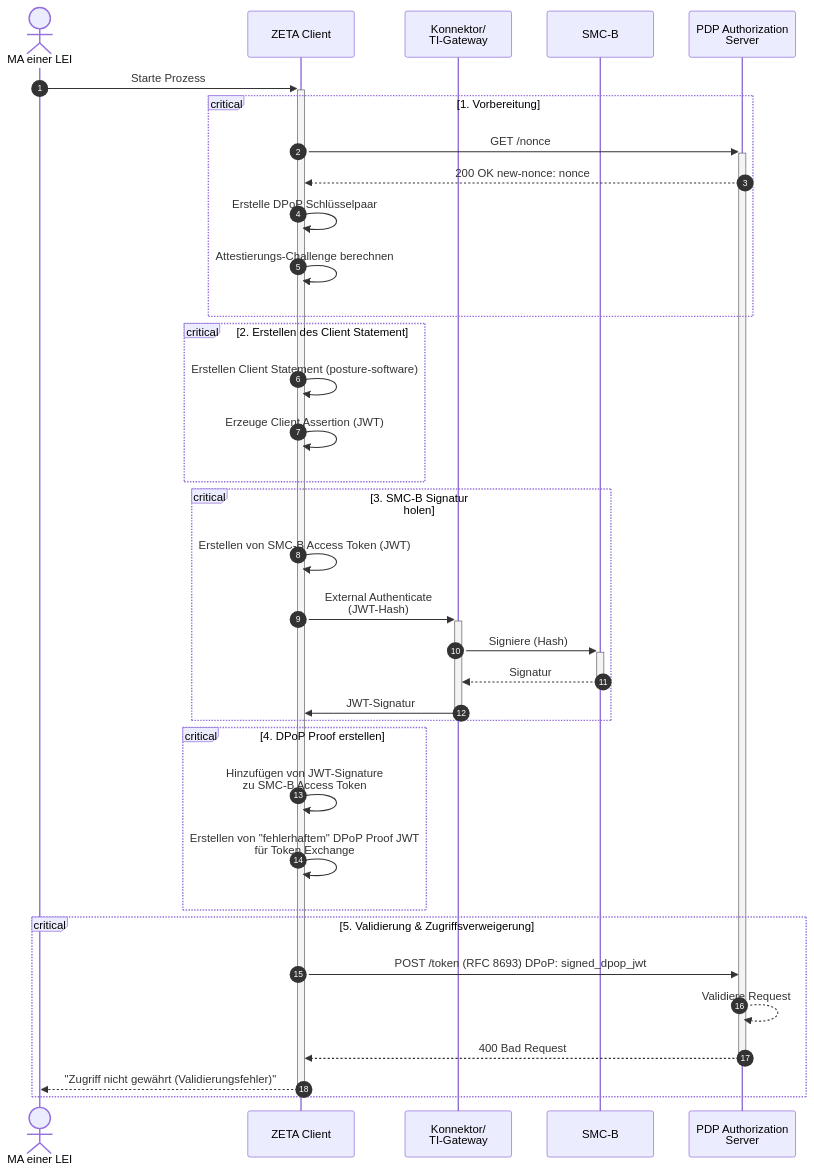
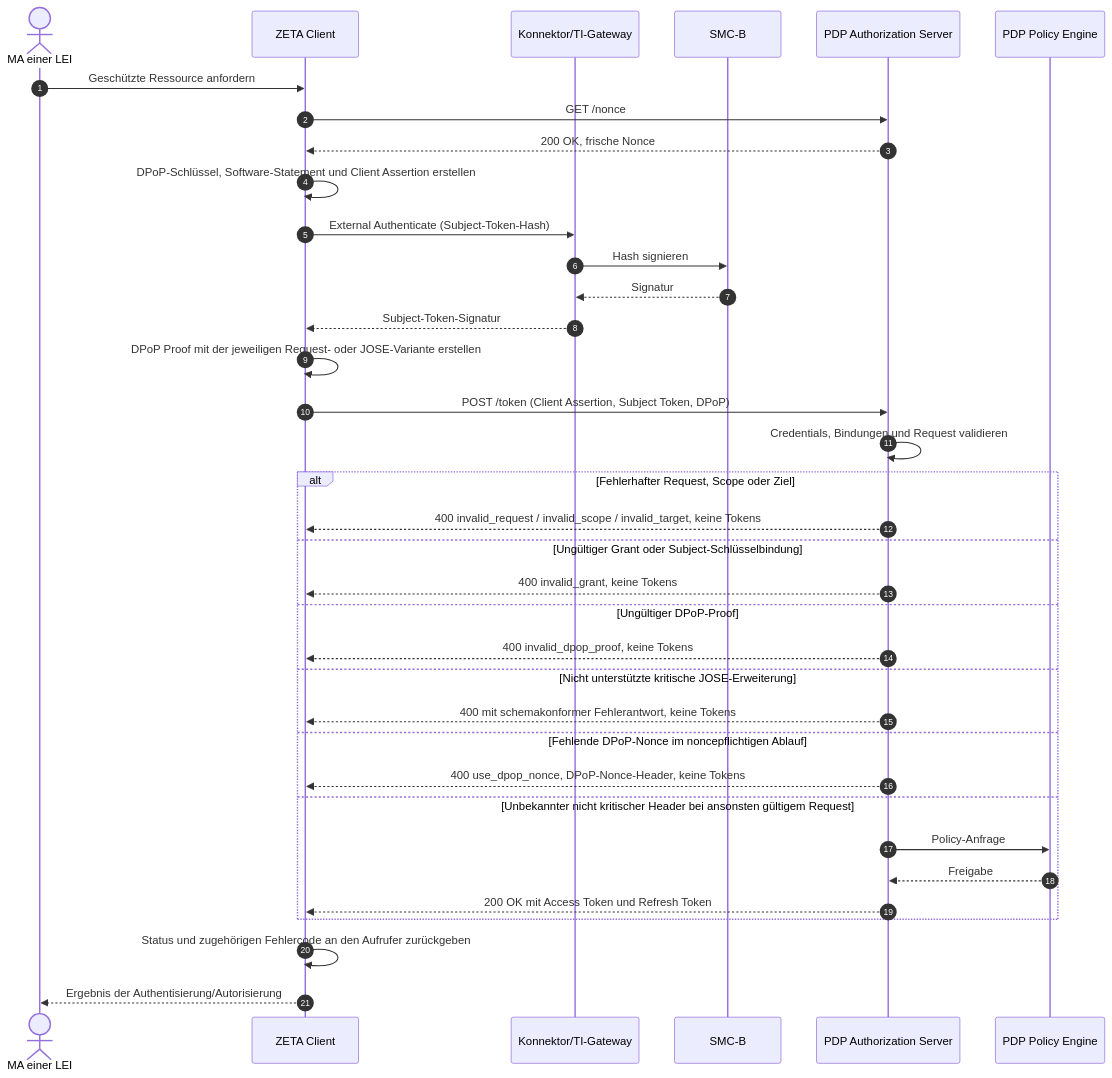
One commit to gematik/zeta-tiger-testsuite changed the diagram in src/test/resources/features/UserStory_01/UseCase_07/readme.adoc. Above: the diagram before and after it, drawn with Mermaid. The commit also changed other lines of this file and 1706 other files, not shown here.

```diff
--- a/src/test/resources/features/UserStory_01/UseCase_07/readme.adoc
+++ b/src/test/resources/features/UserStory_01/UseCase_07/readme.adoc
@@ -167,45 +195,40 @@
 [mermaid,usecase-01-07-sequence,svg]
 ....
 sequenceDiagram
     autonumber
-
     actor MA as MA einer LEI
     participant ZC as ZETA Client
-    participant KTG as Konnektor/<br>TI-Gateway
+    participant KTG as Konnektor/TI-Gateway
     participant SMC as SMC-B
-    participant PDP-AS as PDP Authorization<br>Server
+    participant AS as PDP Authorization Server
+    participant PE as PDP Policy Engine
 
-    MA->>+ZC: Starte Prozess
-
-    critical 1. Vorbereitung
-        ZC->>+PDP-AS: GET /nonce
-        PDP-AS-->>ZC: 200 OK new-nonce: nonce
-        ZC->>ZC: Erstelle DPoP Schlüsselpaar
-        ZC->>ZC: Attestierungs-Challenge berechnen
+    MA->>ZC: Geschützte Ressource anfordern
+    ZC->>AS: GET /nonce
+    AS-->>ZC: 200 OK, frische Nonce
+    ZC->>ZC: DPoP-Schlüssel, Software-Statement und Client Assertion erstellen
+    ZC->>KTG: External Authenticate (Subject-Token-Hash)
+    KTG->>SMC: Hash signieren
+    SMC-->>KTG: Signatur
+    KTG-->>ZC: Subject-Token-Signatur
+    ZC->>ZC: DPoP Proof mit der jeweiligen Request- oder JOSE-Variante erstellen
+    ZC->>AS: POST /token (Client Assertion, Subject Token, DPoP)
+    AS->>AS: Credentials, Bindungen und Request validieren
+    alt Fehlerhafter Request, Scope oder Ziel
+        AS-->>ZC: 400 invalid_request / invalid_scope / invalid_target, keine Tokens
+    else Ungültiger Grant oder Subject-Schlüsselbindung
+        AS-->>ZC: 400 invalid_grant, keine Tokens
+    else Ungültiger DPoP-Proof
+        AS-->>ZC: 400 invalid_dpop_proof, keine Tokens
+    else Nicht unterstützte kritische JOSE-Erweiterung
+        AS-->>ZC: 400 mit schemakonformer Fehlerantwort, keine Tokens
+    else Fehlende DPoP-Nonce im noncepflichtigen Ablauf
+        AS-->>ZC: 400 use_dpop_nonce, DPoP-Nonce-Header, keine Tokens
+    else Unbekannter nicht kritischer Header bei ansonsten gültigem Request
+        AS->>PE: Policy-Anfrage
+        PE-->>AS: Freigabe
+        AS-->>ZC: 200 OK mit Access Token und Refresh Token
     end
-
-    critical 2. Erstellen des Client Statement
-        ZC->>ZC: Erstellen Client Statement (posture-software)
-        ZC->>ZC: Erzeuge Client Assertion (JWT)
-    end
-
-    critical 3. SMC-B Signatur holen
-        ZC->>ZC: Erstellen von SMC-B Access Token (JWT)
-        ZC->>+KTG: External Authenticate<br>(JWT-Hash)
-        KTG->>+SMC: Signiere (Hash)
-        SMC-->>-KTG: Signatur
-        KTG->>-ZC: JWT-Signatur
-    end
-
-    critical 4. DPoP Proof erstellen
-        ZC->>ZC: Hinzufügen von JWT-Signature<br>zu SMC-B Access Token
-        ZC->>ZC: Erstellen von "fehlerhaftem" DPoP Proof JWT<br>für Token Exchange
-    end
-
-    critical 5. Validierung & Zugriffsverweigerung
-        ZC->>PDP-AS: POST /token (RFC 8693) DPoP: signed_dpop_jwt
-        PDP-AS-->>PDP-AS: Validiere Request
-        PDP-AS-->>-ZC: 400 Bad Request
-        ZC-->>-MA: "Zugriff nicht gewährt (Validierungsfehler)"
-    end
+    ZC->>ZC: Status und zugehörigen Fehlercode an den Aufrufer zurückgeben
+    ZC-->>MA: Ergebnis der Authentisierung/Autorisierung
 ....
```
